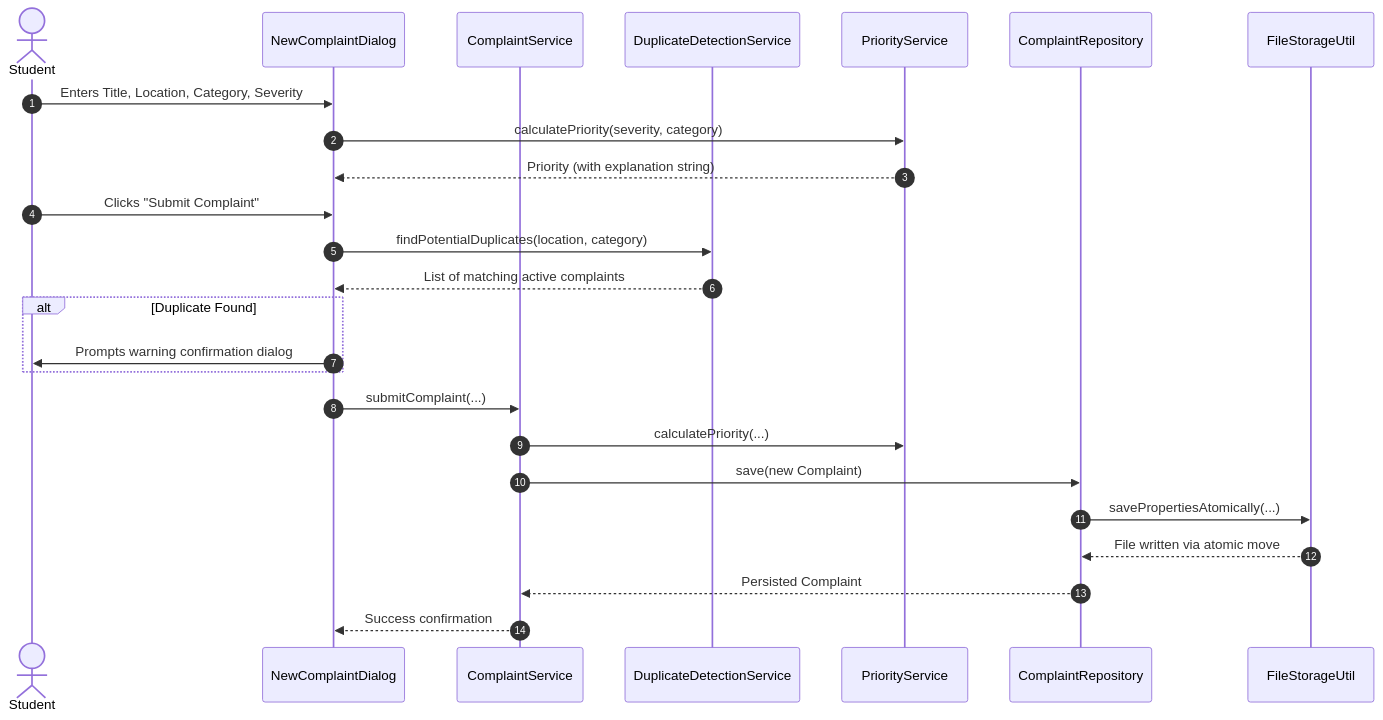
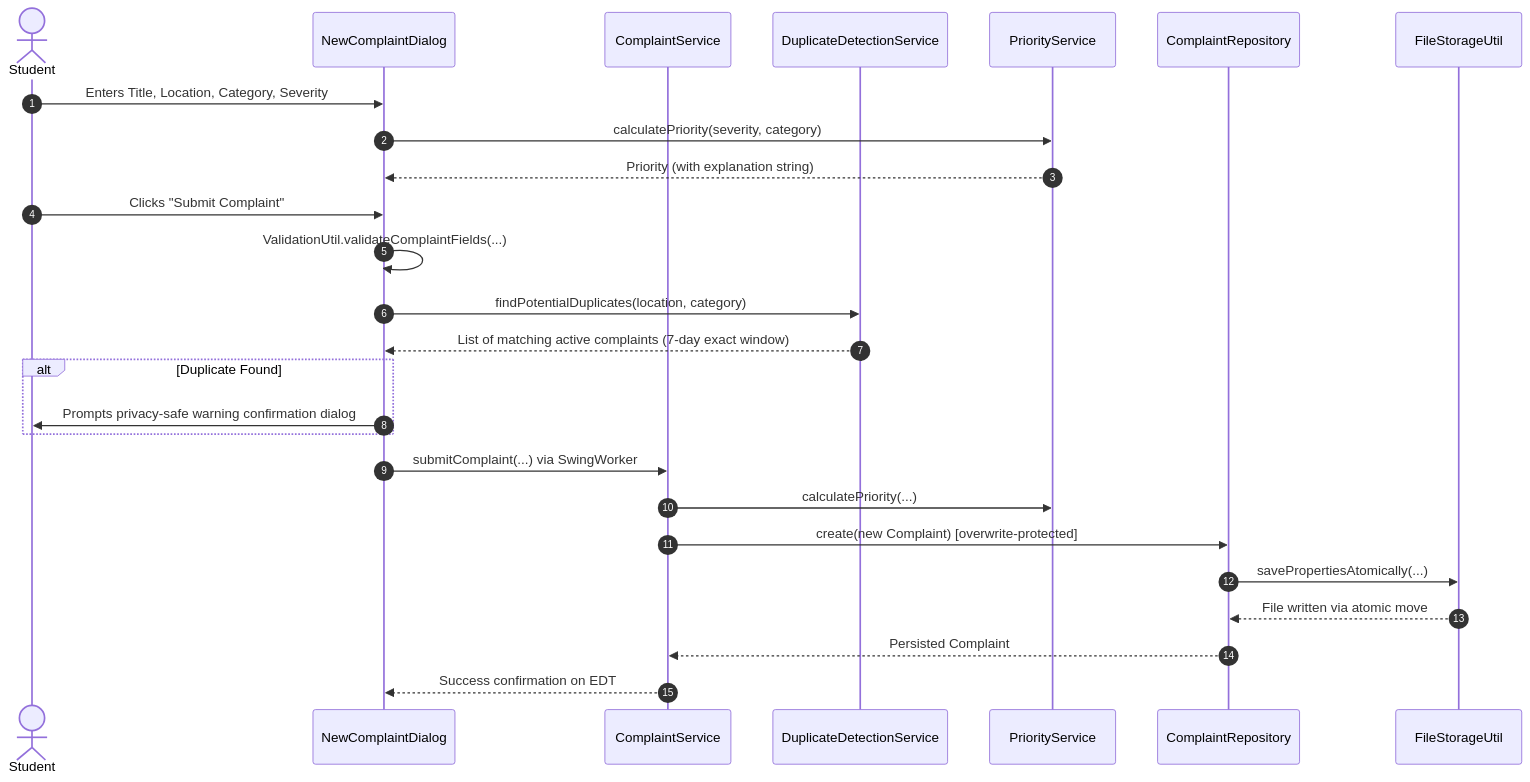
One commit to prabalpratapsinghmer/java-project changed the second of 2 diagrams in docs/ARCHITECTURE.md. Above: the diagram before and after it, drawn with Mermaid. The commit also changed other lines of this file and 51 other files, not shown here.

````diff
--- a/docs/ARCHITECTURE.md
+++ b/docs/ARCHITECTURE.md
@@ -60,28 +60,29 @@
 ```mermaid
 sequenceDiagram
     autonumber
     actor Student
     participant UI as NewComplaintDialog
     participant CS as ComplaintService
     participant DS as DuplicateDetectionService
     participant PS as PriorityService
     participant CR as ComplaintRepository
     participant FS as FileStorageUtil
 
     Student->>UI: Enters Title, Location, Category, Severity
     UI->>PS: calculatePriority(severity, category)
     PS-->>UI: Priority (with explanation string)
     Student->>UI: Clicks "Submit Complaint"
+    UI->>UI: ValidationUtil.validateComplaintFields(...)
     UI->>DS: findPotentialDuplicates(location, category)
-    DS-->>UI: List of matching active complaints
+    DS-->>UI: List of matching active complaints (7-day exact window)
     alt Duplicate Found
-        UI->>Student: Prompts warning confirmation dialog
+        UI->>Student: Prompts privacy-safe warning confirmation dialog
     end
-    UI->>CS: submitComplaint(...)
+    UI->>CS: submitComplaint(...) via SwingWorker
     CS->>PS: calculatePriority(...)
-    CS->>CR: save(new Complaint)
+    CS->>CR: create(new Complaint) [overwrite-protected]
     CR->>FS: savePropertiesAtomically(...)
     FS-->>CR: File written via atomic move
     CR-->>CS: Persisted Complaint
-    CS-->>UI: Success confirmation
+    CS-->>UI: Success confirmation on EDT
 ```
````
